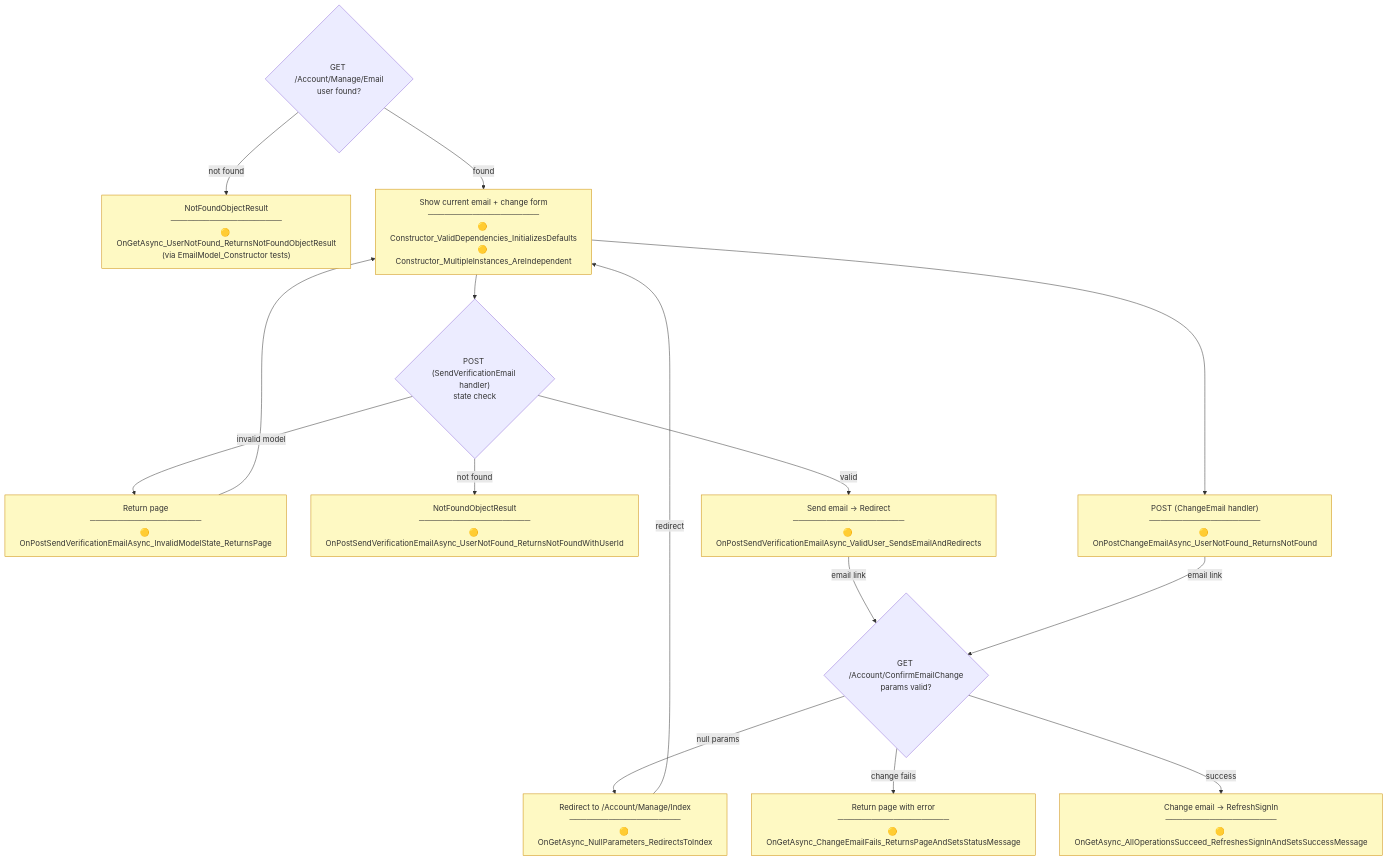
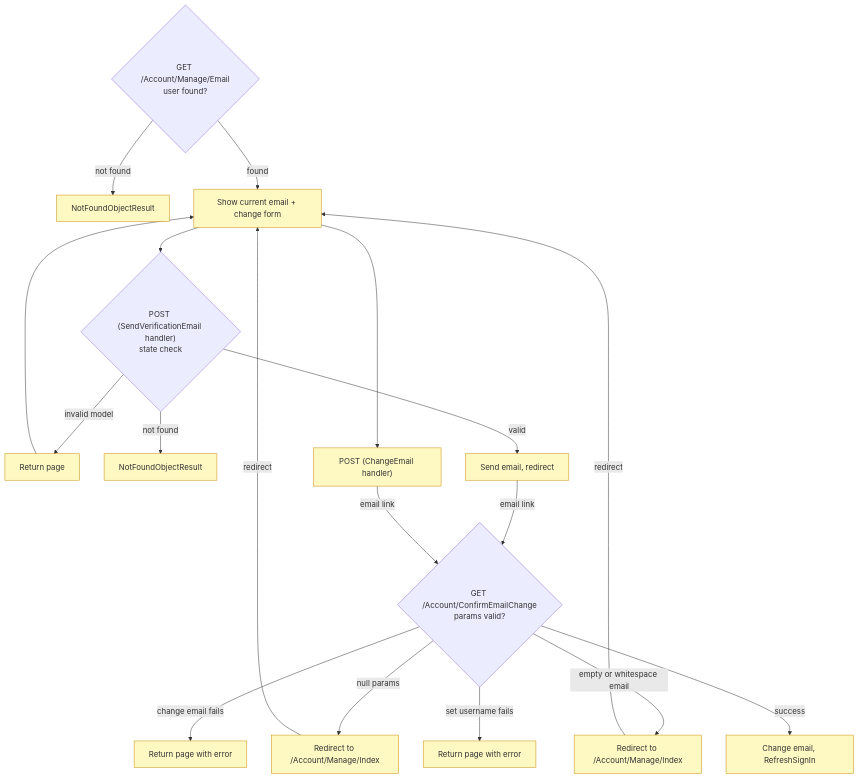
The ninth of 16 diagrams in TESTING.md (crgolden/Identity), drawn with Mermaid before and after one commit. The commit also changed other lines of this file and 15 other files, not shown here.

````diff
--- a/TESTING.md
+++ b/TESTING.md
@@ -690,45 +691,52 @@
 ```mermaid
 flowchart TD
     classDef covered fill:#bbf7d0,stroke:#15803d
     classDef unitOnly fill:#fef9c3,stroke:#ca8a04
     classDef partial fill:#fed7aa,stroke:#ea580c
 
     EmailGET{"GET /Account/Manage/Email\nuser found?"}
 
-    EmailNotFound["NotFoundObjectResult\n────────────────────\n🟡 OnGetAsync_UserNotFound_ReturnsNotFoundObjectResult\n(via EmailModel_Constructor tests)"]:::unitOnly
+    EmailNotFound["NotFoundObjectResult"]:::unitOnly
 
-    EmailPage["Show current email + change form\n────────────────────\n🟡 Constructor_ValidDependencies_InitializesDefaults\n🟡 Constructor_MultipleInstances_AreIndependent"]:::unitOnly
+    EmailPage["Show current email + change form"]:::unitOnly
 
     SendVerifPOST{"POST (SendVerificationEmail handler)\nstate check"}
 
-    SendVerifInvalid["Return page\n────────────────────\n🟡 OnPostSendVerificationEmailAsync_InvalidModelState_ReturnsPage"]:::unitOnly
+    SendVerifInvalid["Return page"]:::unitOnly
 
-    SendVerifNotFound["NotFoundObjectResult\n────────────────────\n🟡 OnPostSendVerificationEmailAsync_UserNotFound_ReturnsNotFoundWithUserId"]:::unitOnly
+    SendVerifNotFound["NotFoundObjectResult"]:::unitOnly
 
-    SendVerifSuccess["Send email → Redirect\n────────────────────\n🟡 OnPostSendVerificationEmailAsync_ValidUser_SendsEmailAndRedirects"]:::unitOnly
+    SendVerifSuccess["Send email, redirect"]:::unitOnly
 
-    ChangeEmailPOST["POST (ChangeEmail handler)\n────────────────────\n🟡 OnPostChangeEmailAsync_UserNotFound_ReturnsNotFound"]:::unitOnly
+    ChangeEmailPOST["POST (ChangeEmail handler)"]:::unitOnly
 
     ConfirmEmailChangeGET{"GET /Account/ConfirmEmailChange\nparams valid?"}
 
-    ConfirmNull["Redirect to /Account/Manage/Index\n────────────────────\n🟡 OnGetAsync_NullParameters_RedirectsToIndex"]:::unitOnly
+    ConfirmNull["Redirect to /Account/Manage/Index"]:::unitOnly
 
-    ConfirmChangeFails["Return page with error\n────────────────────\n🟡 OnGetAsync_ChangeEmailFails_ReturnsPageAndSetsStatusMessage"]:::unitOnly
+    ConfirmEmptyEmail["Redirect to /Account/Manage/Index"]:::unitOnly
 
-    ConfirmChangeSuccess["Change email → RefreshSignIn\n────────────────────\n🟡 OnGetAsync_AllOperationsSucceed_RefreshesSignInAndSetsSuccessMessage"]:::unitOnly
+    ConfirmChangeFails["Return page with error"]:::unitOnly
+
+    ConfirmSetUserNameFails["Return page with error"]:::unitOnly
+
+    ConfirmChangeSuccess["Change email, RefreshSignIn"]:::unitOnly
 
     EmailGET -->|"not found"| EmailNotFound
     EmailGET -->|"found"| EmailPage
     EmailPage --> SendVerifPOST
     EmailPage --> ChangeEmailPOST
     SendVerifPOST -->|"invalid model"| SendVerifInvalid
     SendVerifInvalid --> EmailPage
     SendVerifPOST -->|"not found"| SendVerifNotFound
     SendVerifPOST -->|"valid"| SendVerifSuccess
     SendVerifSuccess -->|"email link"| ConfirmEmailChangeGET
     ChangeEmailPOST -->|"email link"| ConfirmEmailChangeGET
     ConfirmEmailChangeGET -->|"null params"| ConfirmNull
     ConfirmNull -->|"redirect"| EmailPage
-    ConfirmEmailChangeGET -->|"change fails"| ConfirmChangeFails
+    ConfirmEmailChangeGET -->|"empty or whitespace email"| ConfirmEmptyEmail
+    ConfirmEmptyEmail -->|"redirect"| EmailPage
+    ConfirmEmailChangeGET -->|"change email fails"| ConfirmChangeFails
+    ConfirmEmailChangeGET -->|"set username fails"| ConfirmSetUserNameFails
     ConfirmEmailChangeGET -->|"success"| ConfirmChangeSuccess
 ```
````
